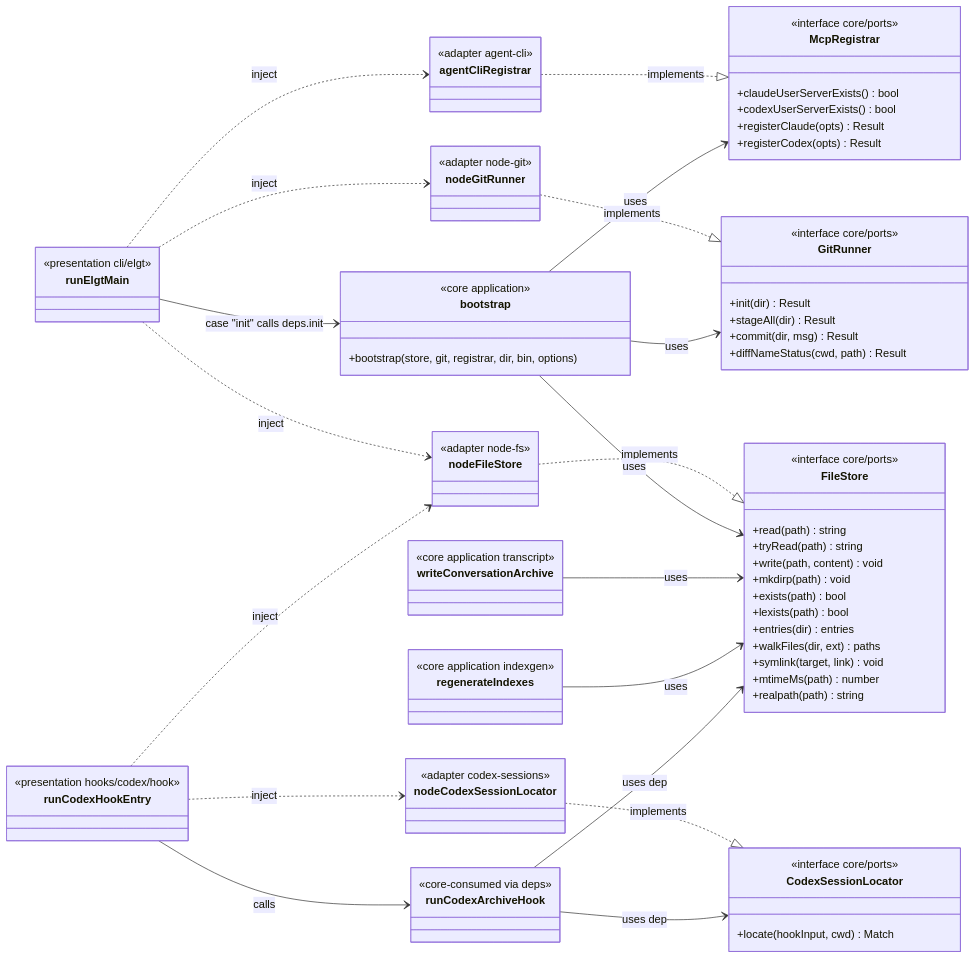
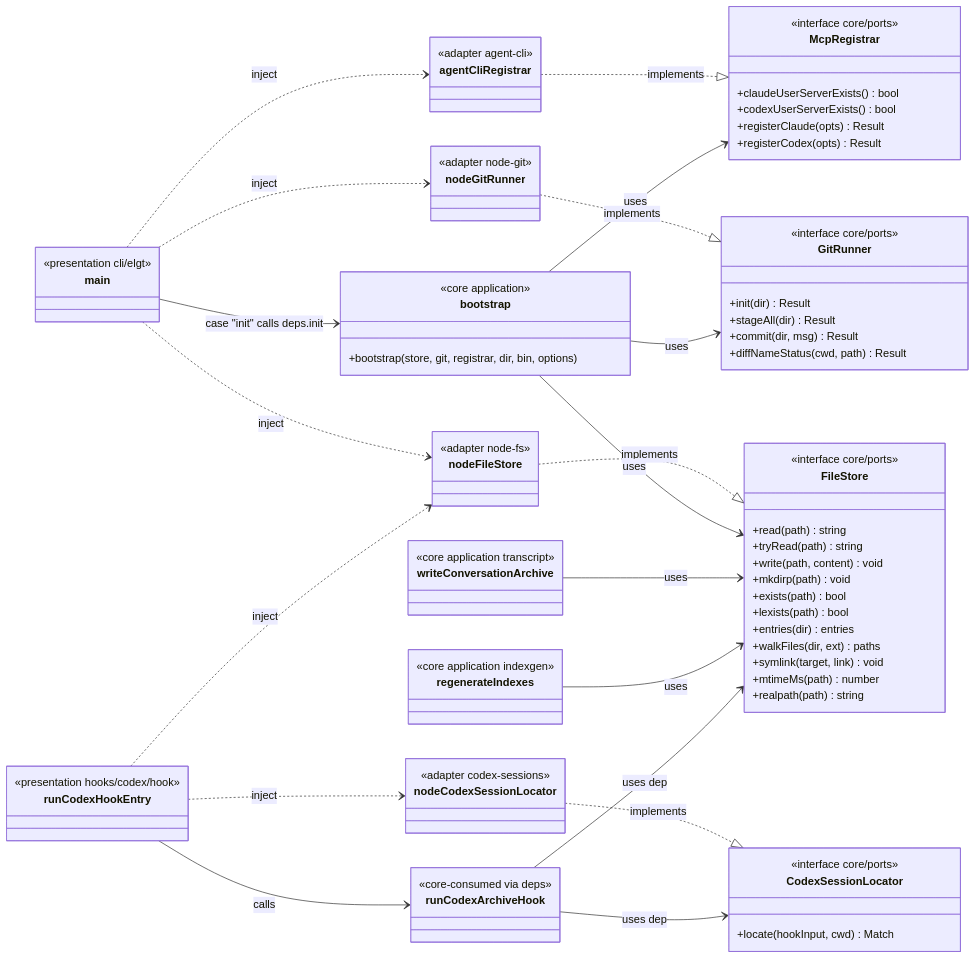
One commit to neokn/elegent changed the first of 4 diagrams in docs/architecture/uml.md. Above: the diagram before and after it, drawn with Mermaid. The commit also changed other lines of this file and 23 other files, not shown here.

```diff
--- a/docs/architecture/uml.md
+++ b/docs/architecture/uml.md
@@ -88,17 +88,17 @@
     runCodexArchiveHook --> CodexSessionLocator : uses dep
     runCodexArchiveHook --> FileStore : uses dep
 
-    class runElgtMain {
+    class main {
         <<presentation  cli/elgt>>
     }
     class runCodexHookEntry {
         <<presentation  hooks/codex/hook>>
     }
 
-    runElgtMain --> bootstrap : case "init" calls deps.init
-    runElgtMain ..> nodeFileStore : inject
-    runElgtMain ..> nodeGitRunner : inject
-    runElgtMain ..> agentCliRegistrar : inject
+    main --> bootstrap : case "init" calls deps.init
+    main ..> nodeFileStore : inject
+    main ..> nodeGitRunner : inject
+    main ..> agentCliRegistrar : inject
     runCodexHookEntry --> runCodexArchiveHook : calls
     runCodexHookEntry ..> nodeFileStore : inject
     runCodexHookEntry ..> nodeCodexSessionLocator : inject
```
